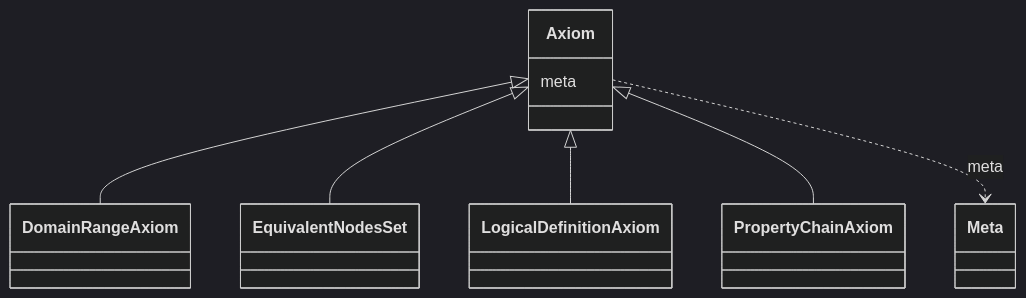
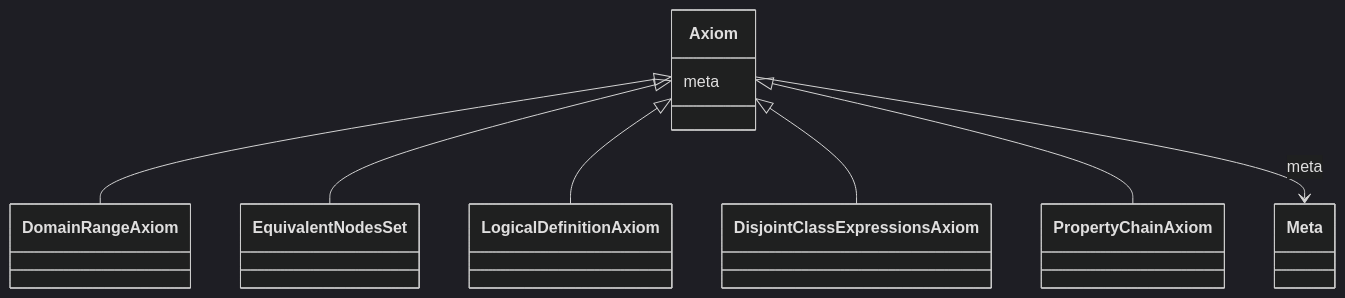
One commit to dalito/ontology-access-kit changed the diagram in obograph/Axiom.md. Above: the diagram before and after it, drawn with Mermaid (dark theme). The commit also changed other lines of this file and 3370 other files, not shown here.

````diff
--- a/obograph/Axiom.md
+++ b/obograph/Axiom.md
@@ -14,14 +19,15 @@
 ```{mermaid}
  classDiagram
     class Axiom
       Axiom <|-- DomainRangeAxiom
       Axiom <|-- EquivalentNodesSet
       Axiom <|-- LogicalDefinitionAxiom
+      Axiom <|-- DisjointClassExpressionsAxiom
       Axiom <|-- PropertyChainAxiom
       
       Axiom : meta
         
-          Axiom ..> Meta : meta
+          Axiom --> Meta : meta
         
       
 ```
````
